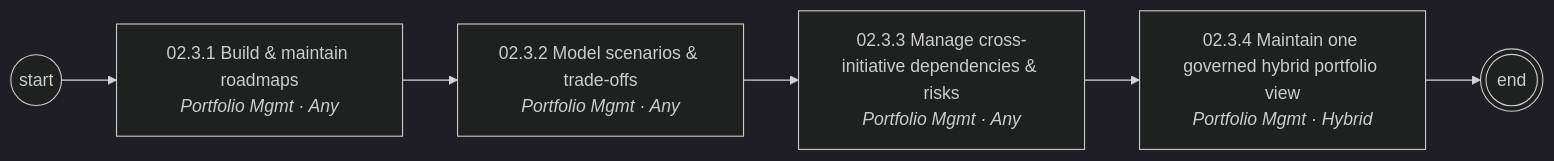
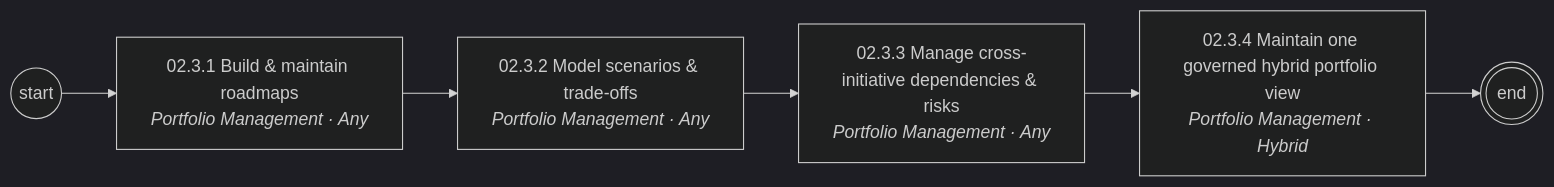
One commit to corbyjames/apptio-process-catalog changed the fourth of 6 diagrams in diagrams/mermaid/area-02.md. Above: the diagram before and after it, drawn with Mermaid (dark theme). The commit also changed other lines of this file and 251 other files, not shown here.

````diff
--- a/diagrams/mermaid/area-02.md
+++ b/diagrams/mermaid/area-02.md
@@ -53,13 +53,13 @@
 ```mermaid
 flowchart LR
   S((start))
-  N02_3_1["02.3.1 Build & maintain roadmaps<br/><i>Portfolio Mgmt · Any</i>"]
+  N02_3_1["02.3.1 Build & maintain roadmaps<br/><i>Portfolio Management · Any</i>"]
   S --> N02_3_1
-  N02_3_2["02.3.2 Model scenarios & trade-offs<br/><i>Portfolio Mgmt · Any</i>"]
+  N02_3_2["02.3.2 Model scenarios & trade-offs<br/><i>Portfolio Management · Any</i>"]
   N02_3_1 --> N02_3_2
-  N02_3_3["02.3.3 Manage cross-initiative dependencies & risks<br/><i>Portfolio Mgmt · Any</i>"]
+  N02_3_3["02.3.3 Manage cross-initiative dependencies & risks<br/><i>Portfolio Management · Any</i>"]
   N02_3_2 --> N02_3_3
-  N02_3_4["02.3.4 Maintain one governed hybrid portfolio view<br/><i>Portfolio Mgmt · Hybrid</i>"]
+  N02_3_4["02.3.4 Maintain one governed hybrid portfolio view<br/><i>Portfolio Management · Hybrid</i>"]
   N02_3_3 --> N02_3_4
   N02_3_4 --> E(((end)))
 ```
````
